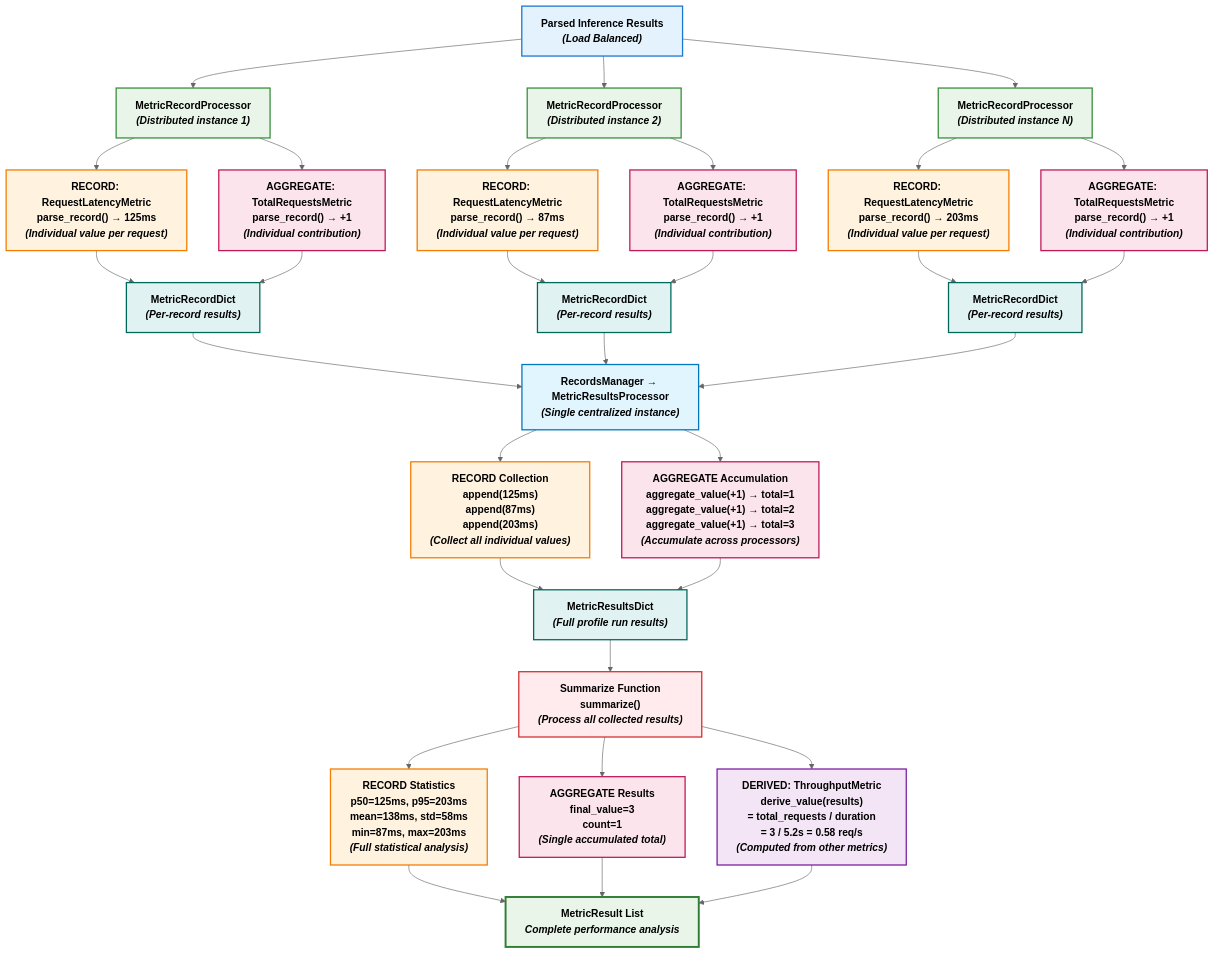
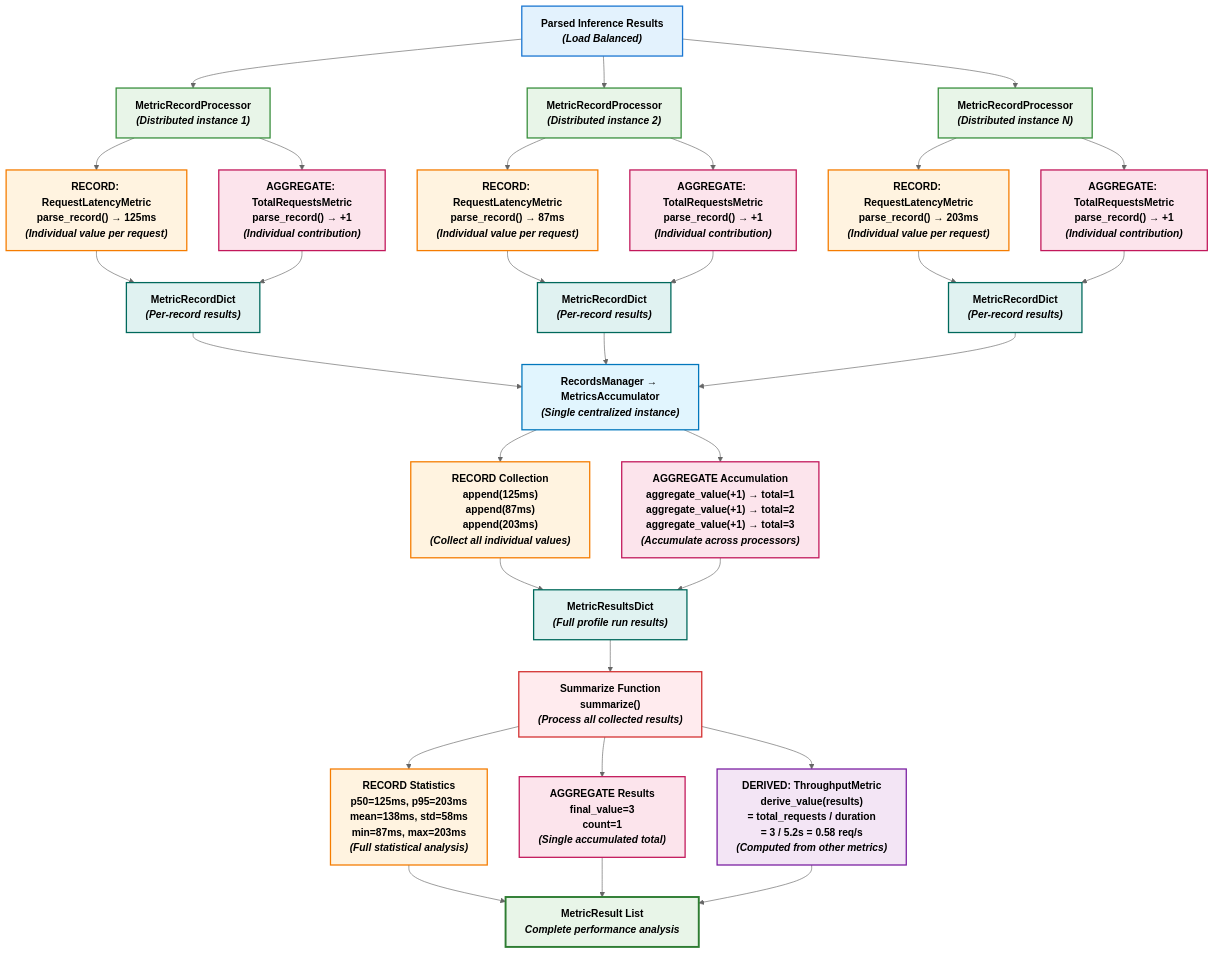
The diagram in docs/diagrams/metrics-flow.md (ai-dynamo/aiperf), drawn with Mermaid (neutral theme) before and after one commit. The commit also changed 78 other files, not shown here.

First line of the commit message:
refactor(records): port accumulator routing to main

````diff
--- a/docs/diagrams/metrics-flow.md
+++ b/docs/diagrams/metrics-flow.md
@@ -7,80 +7,80 @@
 ```mermaid
 flowchart TD
     %% Input Data
     A["Parsed Inference Results<br/><em>(Load&nbsp;Balanced)</em>"]
 
     %% Stage 1: Distributed Record Processing
     A --> B1["MetricRecordProcessor<br/><em>(Distributed&nbsp;instance&nbsp;1)</em>"]
     A --> B2["MetricRecordProcessor<br/><em>(Distributed&nbsp;instance&nbsp;2)</em>"]
     A --> B3["MetricRecordProcessor<br/><em>(Distributed&nbsp;instance&nbsp;N)</em>"]
 
     %% RECORD Metric Path
     B1 --> C1["RECORD: RequestLatencyMetric<br/>parse_record() → 125ms<br/><em>(Individual&nbsp;value&nbsp;per&nbsp;request)</em>"]
     B2 --> C2["RECORD: RequestLatencyMetric<br/>parse_record() → 87ms<br/><em>(Individual&nbsp;value&nbsp;per&nbsp;request)</em>"]
     B3 --> C3["RECORD: RequestLatencyMetric<br/>parse_record() → 203ms<br/><em>(Individual&nbsp;value&nbsp;per&nbsp;request)</em>"]
 
     %% AGGREGATE Metric Path
     B1 --> D1["AGGREGATE: TotalRequestsMetric<br/>parse_record() → +1<br/><em>(Individual&nbsp;contribution)</em>"]
     B2 --> D2["AGGREGATE: TotalRequestsMetric<br/>parse_record() → +1<br/><em>(Individual&nbsp;contribution)</em>"]
     B3 --> D3["AGGREGATE: TotalRequestsMetric<br/>parse_record() → +1<br/><em>(Individual&nbsp;contribution)</em>"]
 
     %% MetricRecordDict Collection
     C1 --> E1["MetricRecordDict<br/><em>(Per-record&nbsp;results)</em>"]
     D1 --> E1
     C2 --> E2["MetricRecordDict<br/><em>(Per-record&nbsp;results)</em>"]
     D2 --> E2
     C3 --> E3["MetricRecordDict<br/><em>(Per-record&nbsp;results)</em>"]
     D3 --> E3
 
-    %% Stage 2: Centralized Results Processing
-    E1 --> G["RecordsManager → MetricResultsProcessor<br/><em>(Single&nbsp;centralized&nbsp;instance)</em>"]
+    %% Stage 2: Centralized Metrics Accumulation
+    E1 --> G["RecordsManager → MetricsAccumulator<br/><em>(Single&nbsp;centralized&nbsp;instance)</em>"]
     E2 --> G
     E3 --> G
 
     %% RECORD Processing in Central
     G --> H1["RECORD Collection<br/>append(125ms)<br/>append(87ms)<br/>append(203ms)<br/><em>(Collect&nbsp;all&nbsp;individual&nbsp;values)</em>"]
 
     %% AGGREGATE Processing in Central
     G --> H2["AGGREGATE Accumulation<br/>aggregate_value(+1) → total=1<br/>aggregate_value(+1) → total=2<br/>aggregate_value(+1) → total=3<br/><em>(Accumulate&nbsp;across&nbsp;processors)</em>"]
 
     H1 --> L["MetricResultsDict<br/><em>(Full&nbsp;profile&nbsp;run&nbsp;results)</em>"]
     H2 --> L
 
     %% Stage 4: Summarize Function Processing
     L --> I2["Summarize Function<br/>summarize()<br/><em>(Process&nbsp;all&nbsp;collected&nbsp;results)</em>"]
 
     %% Three outputs from Summarize Function
     I2 --> J1["RECORD Statistics<br/>p50=125ms, p95=203ms<br/>mean=138ms, std=58ms<br/>min=87ms, max=203ms<br/><em>(Full&nbsp;statistical&nbsp;analysis)</em>"]
 
     I2 --> J2["AGGREGATE Results<br/>final_value=3<br/>count=1<br/><em>(Single&nbsp;accumulated&nbsp;total)</em>"]
 
     I2 --> J3["DERIVED: ThroughputMetric<br/>derive_value(results)<br/>= total_requests / duration<br/>= 3 / 5.2s = 0.58 req/s<br/><em>(Computed&nbsp;from&nbsp;other&nbsp;metrics)</em>"]
 
     %% Final Output
     J1 --> K["MetricResult List<br/><em>Complete&nbsp;performance&nbsp;analysis</em>"]
     J2 --> K
     J3 --> K
 
     %% Styling
     classDef input fill:#e3f2fd,stroke:#1976d2,stroke-width:2px,color:#000000,font-weight:bold
     classDef distributed fill:#e8f5e8,stroke:#388e3c,stroke-width:2px,color:#000000,font-weight:bold
     classDef recordMetric fill:#fff3e0,stroke:#f57c00,stroke-width:2px,color:#000000,font-weight:bold
     classDef aggregateMetric fill:#fce4ec,stroke:#c2185b,stroke-width:2px,color:#000000,font-weight:bold
     classDef derivedMetric fill:#f3e5f5,stroke:#7b1fa2,stroke-width:2px,color:#000000,font-weight:bold
     classDef transport fill:#e0f2f1,stroke:#00695c,stroke-width:2px,color:#000000,font-weight:bold
     classDef central fill:#ffebee,stroke:#d32f2f,stroke-width:2px,color:#000000,font-weight:bold
     classDef collection fill:#fff8e1,stroke:#ffa000,stroke-width:2px,color:#000000,font-weight:bold
     classDef statistics fill:#e1f5fe,stroke:#0277bd,stroke-width:2px,color:#000000,font-weight:bold
     classDef output fill:#e8f5e8,stroke:#2e7d32,stroke-width:3px,color:#000000,font-weight:bold
 
     %% Apply styles
     class A input
     class B1,B2,B3 distributed
     class C1,C2,C3,J1,H1 recordMetric
     class D1,D2,D3,J2,H2 aggregateMetric
     class J3 derivedMetric
     class I2 central
     class I1,G statistics
     class E1,E2,E3,F,L transport
     class K output
 ```
````
